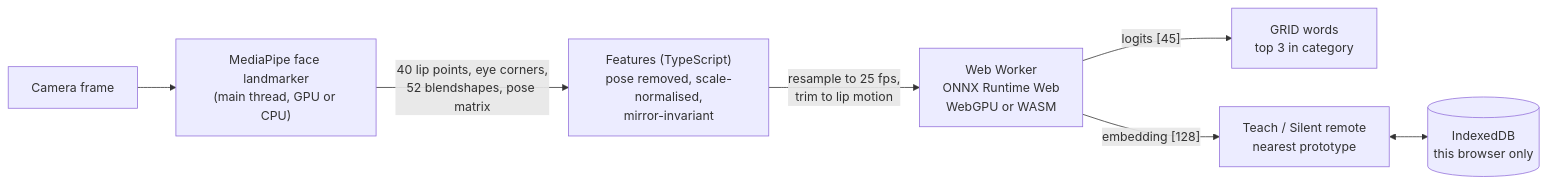
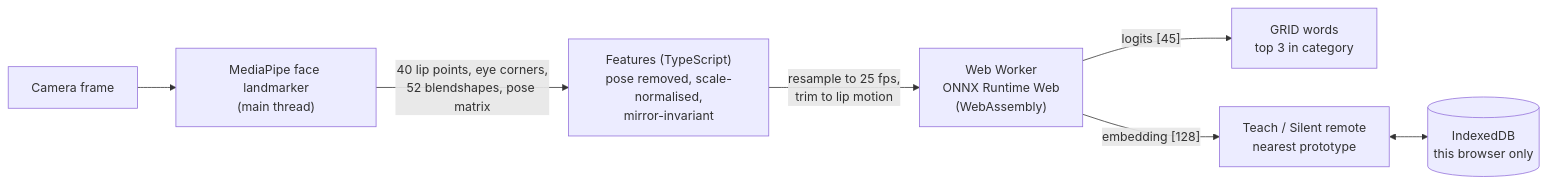
The first of 2 diagrams in README.md (shashank11yadav/SilentSpeak), drawn with Mermaid before and after one commit. The commit also changed other lines of this file and 1 other file, not shown here.

````diff
--- a/README.md
+++ b/README.md
@@ -64,9 +16,9 @@
 ```mermaid
 flowchart LR
-  cam[Camera frame] --> mp["MediaPipe face landmarker<br/>(main thread, GPU or CPU)"]
+  cam[Camera frame] --> mp["MediaPipe face landmarker<br/>(main thread)"]
   mp -->|"40 lip points, eye corners,<br/>52 blendshapes, pose matrix"| feat["Features (TypeScript)<br/>pose removed, scale-normalised,<br/>mirror-invariant"]
-  feat -->|"resample to 25 fps,<br/>trim to lip motion"| worker["Web Worker<br/>ONNX Runtime Web<br/>WebGPU or WASM"]
+  feat -->|"resample to 25 fps,<br/>trim to lip motion"| worker["Web Worker<br/>ONNX Runtime Web<br/>(WebAssembly)"]
   worker -->|"logits [45]"| grid[GRID words<br/>top 3 in category]
   worker -->|"embedding [128]"| teach[Teach / Silent remote<br/>nearest prototype]
   teach <--> idb[(IndexedDB<br/>this browser only)]
 ```
````
